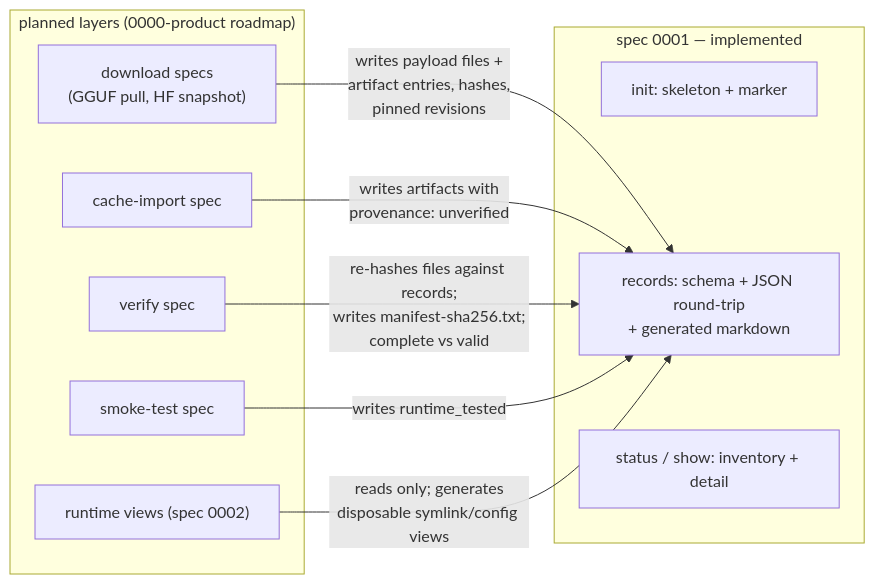
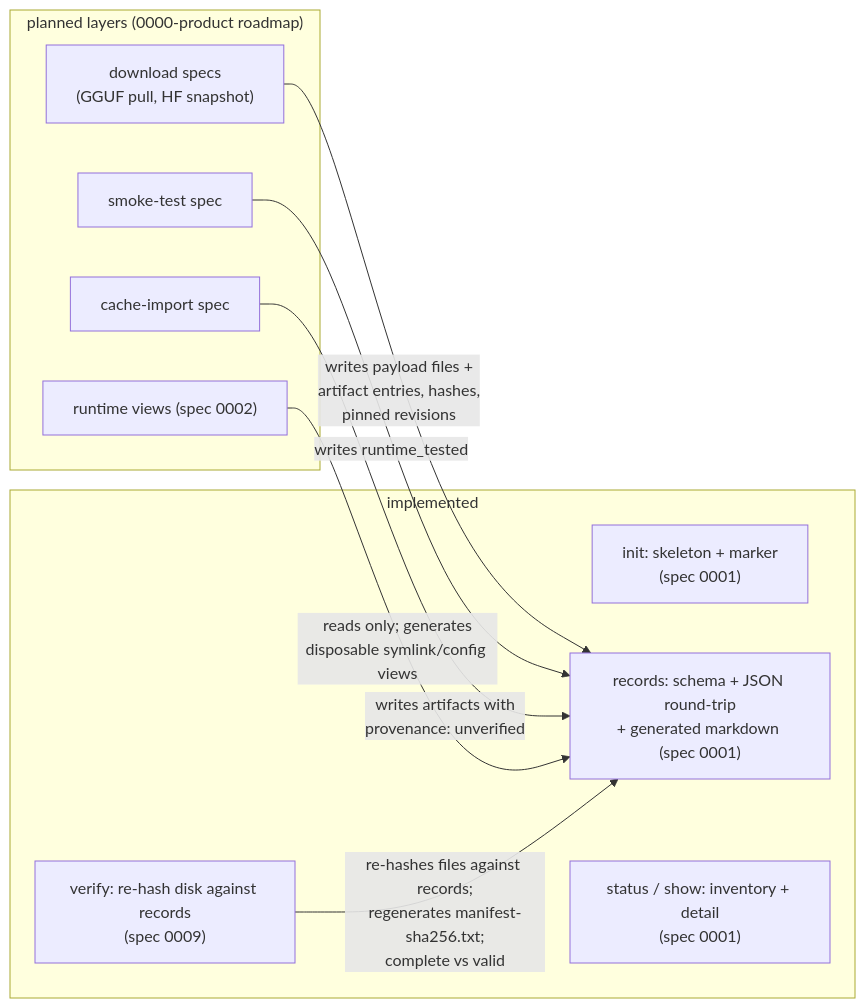
Before and after one commit to bbirkinbine/llm-preserver: the fifth of 5 diagrams in docs/data-structures.md, drawn with Mermaid. The commit also changed other lines of this file and 19 other files, not shown here.

First line of the commit message:
Add verify: whole-archive fixity audit against records (spec 0009)

````diff
--- a/docs/data-structures.md
+++ b/docs/data-structures.md
@@ -295,22 +295,22 @@
 ```mermaid
 flowchart LR
-    subgraph SPEC0001 ["spec 0001 — implemented"]
-        INIT["init: skeleton + marker"]
-        REC["records: schema + JSON round-trip<br/>+ generated markdown"]
-        STATUS["status / show: inventory + detail"]
+    subgraph SPEC0001 ["implemented"]
+        INIT["init: skeleton + marker<br/>(spec 0001)"]
+        REC["records: schema + JSON round-trip<br/>+ generated markdown (spec 0001)"]
+        STATUS["status / show: inventory + detail<br/>(spec 0001)"]
+        VER["verify: re-hash disk against records<br/>(spec 0009)"]
     end
 
     subgraph FUTURE ["planned layers (0000-product roadmap)"]
         DL["download specs<br/>(GGUF pull, HF snapshot)"]
-        VER["verify spec"]
         SMOKE["smoke-test spec"]
         IMPORT["cache-import spec"]
         VIEWS["runtime views (spec 0002)"]
     end
 
     DL -- "writes payload files +<br/>artifact entries, hashes,<br/>pinned revisions" --> REC
     IMPORT -- "writes artifacts with<br/>provenance: unverified" --> REC
-    VER -- "re-hashes files against records;<br/>writes manifest-sha256.txt;<br/>complete vs valid" --> REC
+    VER -- "re-hashes files against records;<br/>regenerates manifest-sha256.txt;<br/>complete vs valid" --> REC
     SMOKE -- "writes runtime_tested" --> REC
     VIEWS -- "reads only; generates<br/>disposable symlink/config views" --> REC
 ```
````
